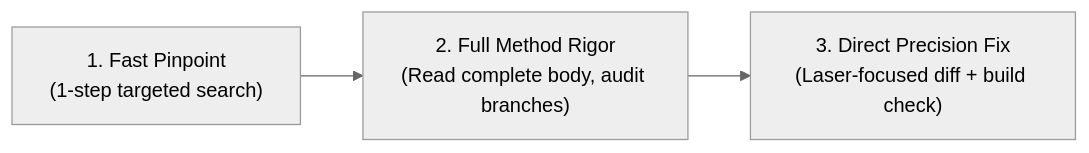
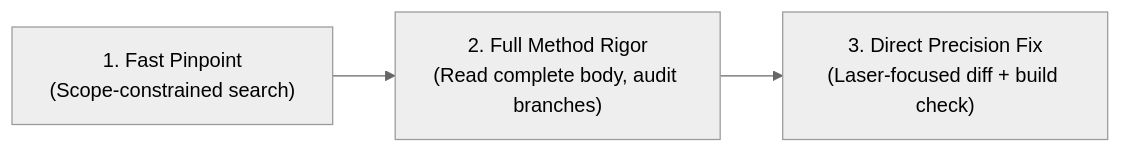
The diagram in skills/ottonet-skill/SKILL.md (quocbahuynh/OttoNet-Skills), drawn with Mermaid (neutral theme) before and after one commit. The commit also changed other lines of this file, not shown here.

Commit message:
feat: add scope-constrained search and async/EF Core concurrency invariants

````diff
--- a/skills/ottonet-skill/SKILL.md
+++ b/skills/ottonet-skill/SKILL.md
@@ -20,4 +20,4 @@
 ```mermaid
 graph LR
-    S1["1. Fast Pinpoint<br/>(1-step targeted search)"] --> S2["2. Full Method Rigor<br/>(Read complete body, audit branches)"] --> S3["3. Direct Precision Fix<br/>(Laser-focused diff + build check)"]
+    S1["1. Fast Pinpoint<br/>(Scope-constrained search)"] --> S2["2. Full Method Rigor<br/>(Read complete body, audit branches)"] --> S3["3. Direct Precision Fix<br/>(Laser-focused diff + build check)"]
 ```
````
